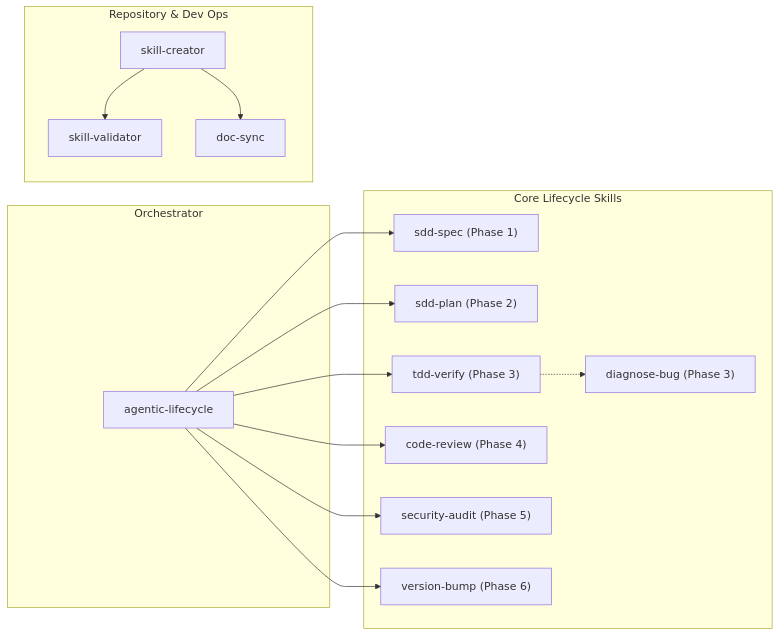
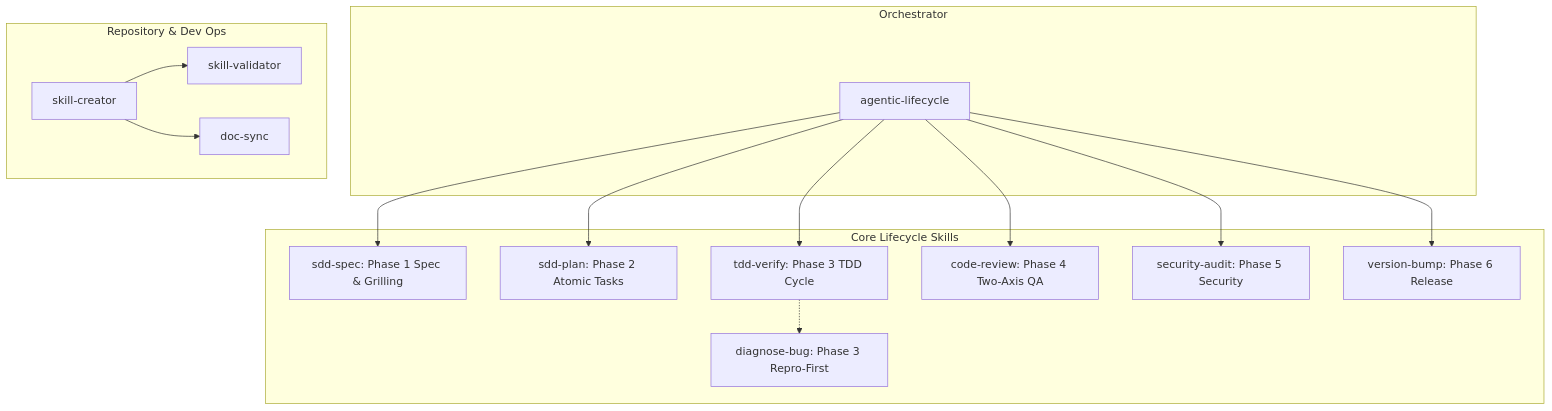
One commit to jmblanco/agentic-engineering-framework changed the third of 4 diagrams in README.md. Above: the diagram before and after it, drawn with Mermaid. The commit also changed other lines of this file and 1 other file, not shown here.

Commit message:
docs: fix Mermaid diagram rendering, add intellectual origins section, and update attribution

````diff
--- a/README.md
+++ b/README.md
@@ -90,30 +102,32 @@
 ```mermaid
-graph LR
+flowchart TD
     subgraph Orchestration["Orchestrator"]
         AL["agentic-lifecycle"]
     end
+
     subgraph CoreLifecycle["Core Lifecycle Skills"]
-        SS["sdd-spec (Phase 1)"]
-        SP["sdd-plan (Phase 2)"]
-        TV["tdd-verify (Phase 3)"]
-        DB["diagnose-bug (Phase 3)"]
-        CR["code-review (Phase 4)"]
-        SEC["security-audit (Phase 5)"]
-        VB["version-bump (Phase 6)"]
+        SS["sdd-spec: Phase 1 Spec & Grilling"]
+        SP["sdd-plan: Phase 2 Atomic Tasks"]
+        TV["tdd-verify: Phase 3 TDD Cycle"]
+        DB["diagnose-bug: Phase 3 Repro-First"]
+        CR["code-review: Phase 4 Two-Axis QA"]
+        SEC["security-audit: Phase 5 Security"]
+        VB["version-bump: Phase 6 Release"]
     end
+
     subgraph RepoOps["Repository & Dev Ops"]
         SC["skill-creator"]
         SV["skill-validator"]
         DS["doc-sync"]
     end
 
     AL --> SS
     AL --> SP
     AL --> TV
     AL --> CR
     AL --> SEC
     AL --> VB
     TV -.-> DB
     SC --> SV
     SC --> DS
 ```
````
